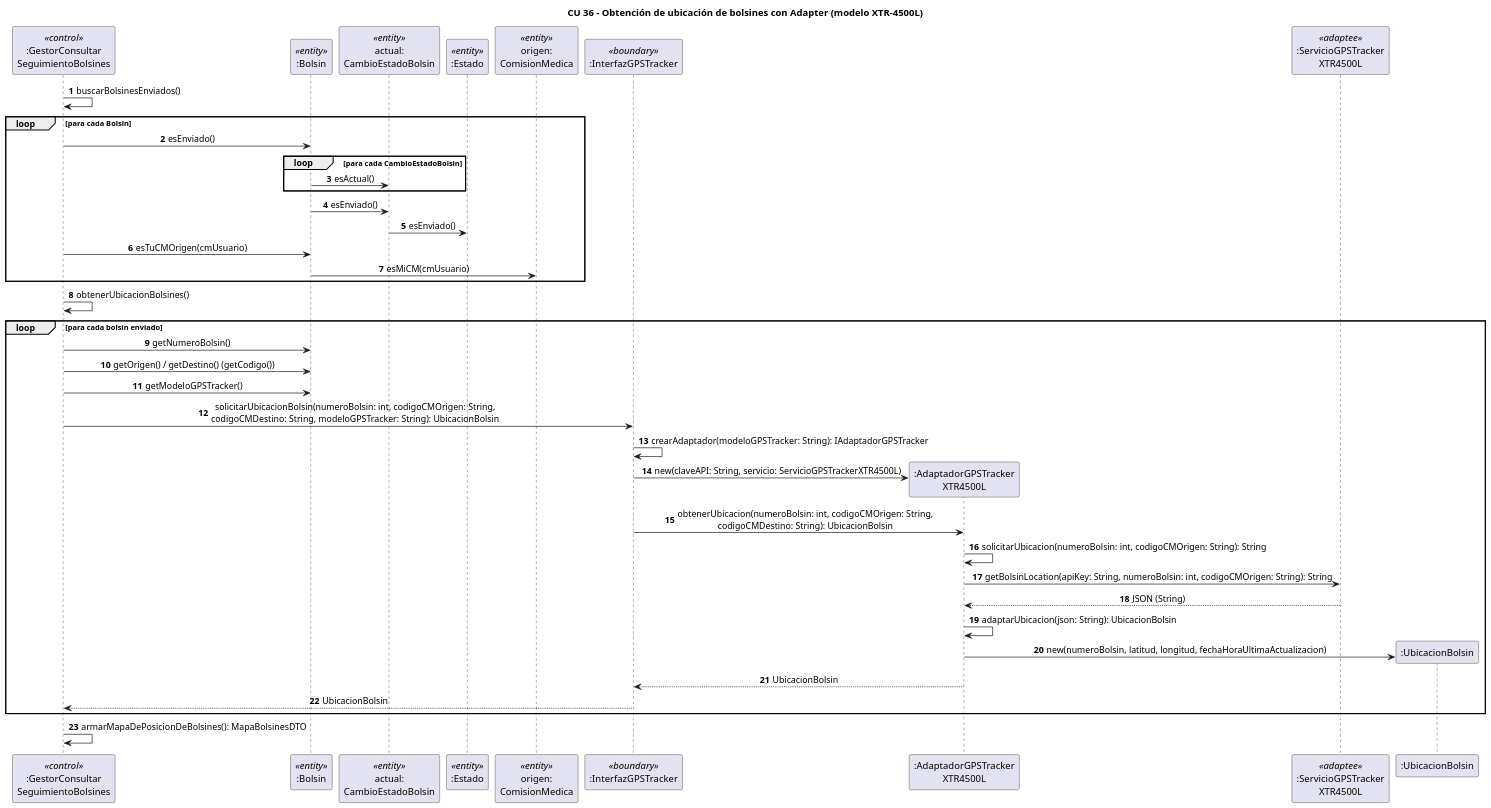
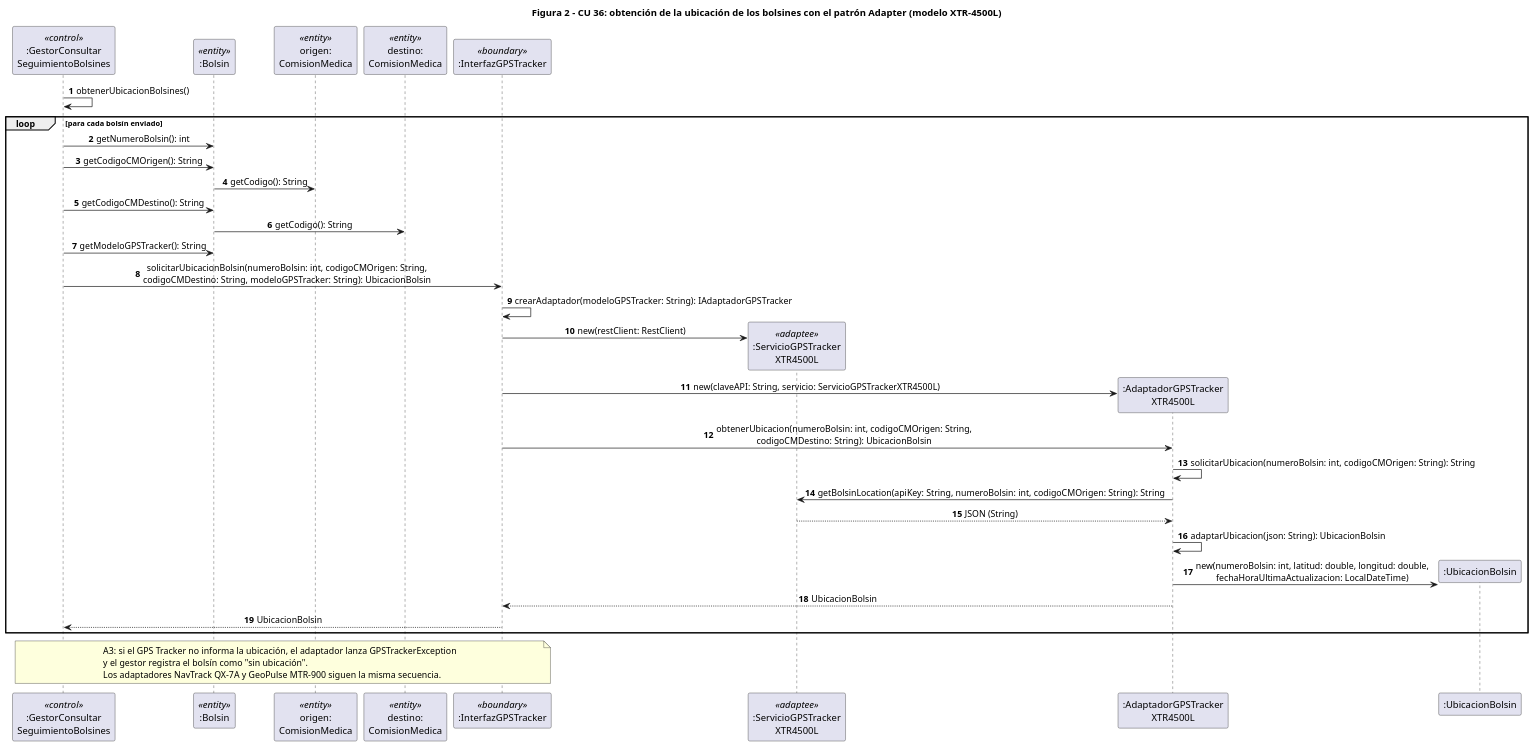
The diagram in 03_diagramas/fuentes_plantuml/02_secuencia_diseno_adapter.puml (Fedegon10/CU-36-G1), drawn with PlantUML before and after one commit. The commit also changed 32 other files, not shown here.

First line of the commit message:
Código y diagramas de secuencia alineados mensaje por mensaje

```diff
--- a/03_diagramas/fuentes_plantuml/02_secuencia_diseno_adapter.puml
+++ b/03_diagramas/fuentes_plantuml/02_secuencia_diseno_adapter.puml
@@ -1,52 +1,49 @@
 @startuml 02_secuencia_diseno_adapter
-' Vista dinámica de la realización de CU de diseño - parte rediseñada por el patrón ADAPTER
-' Escenario del flujo descripto: GPS Tracker modelo XTR-4500L (pasos 3 a 6 del CU 36)
+' Vista dinámica - parte del escenario rediseñada por el patrón ADAPTER (pasos 4 y 5 del CU 36)
+' Escenario del flujo descripto: GPS Tracker modelo XTR-4500L.
+' Cada número de mensaje está indicado en el código con un comentario [Fig. 2 · N].
 skinparam dpi 120
 skinparam sequenceMessageAlign center
 autonumber
-title CU 36 - Obtención de ubicación de bolsines con Adapter (modelo XTR-4500L)
+title Figura 2 – CU 36: obtención de la ubicación de los bolsines con el patrón Adapter (modelo XTR-4500L)
 
 participant ":GestorConsultar\nSeguimientoBolsines" as G <<control>>
 participant ":Bolsin" as B <<entity>>
-participant "actual:\nCambioEstadoBolsin" as CE <<entity>>
-participant ":Estado" as E <<entity>>
-participant "origen:\nComisionMedica" as CM <<entity>>
+participant "origen:\nComisionMedica" as CMO <<entity>>
+participant "destino:\nComisionMedica" as CMD <<entity>>
 participant ":InterfazGPSTracker" as I <<boundary>>
+participant ":ServicioGPSTracker\nXTR4500L" as S <<adaptee>>
 participant ":AdaptadorGPSTracker\nXTR4500L" as A
-participant ":ServicioGPSTracker\nXTR4500L" as S <<adaptee>>
 participant ":UbicacionBolsin" as U
-
-G -> G : buscarBolsinesEnviados()
-loop para cada Bolsin
-  G -> B : esEnviado()
-  loop para cada CambioEstadoBolsin
-    B -> CE : esActual()
-  end
-  B -> CE : esEnviado()
-  CE -> E : esEnviado()
-  G -> B : esTuCMOrigen(cmUsuario)
-  B -> CM : esMiCM(cmUsuario)
-end
 
 G -> G : obtenerUbicacionBolsines()
 loop para cada bolsín enviado
-  G -> B : getNumeroBolsin()
-  G -> B : getOrigen() / getDestino() (getCodigo())
-  G -> B : getModeloGPSTracker()
+  G -> B : getNumeroBolsin(): int
+  G -> B : getCodigoCMOrigen(): String
+  B -> CMO : getCodigo(): String
+  G -> B : getCodigoCMDestino(): String
+  B -> CMD : getCodigo(): String
+  G -> B : getModeloGPSTracker(): String
   G -> I : solicitarUbicacionBolsin(numeroBolsin: int, codigoCMOrigen: String,\ncodigoCMDestino: String, modeloGPSTracker: String): UbicacionBolsin
   I -> I : crearAdaptador(modeloGPSTracker: String): IAdaptadorGPSTracker
+  create S
+  I -> S : new(restClient: RestClient)
   create A
   I -> A : new(claveAPI: String, servicio: ServicioGPSTrackerXTR4500L)
   I -> A : obtenerUbicacion(numeroBolsin: int, codigoCMOrigen: String,\ncodigoCMDestino: String): UbicacionBolsin
   A -> A : solicitarUbicacion(numeroBolsin: int, codigoCMOrigen: String): String
   A -> S : getBolsinLocation(apiKey: String, numeroBolsin: int, codigoCMOrigen: String): String
   S --> A : JSON (String)
   A -> A : adaptarUbicacion(json: String): UbicacionBolsin
   create U
-  A -> U : new(numeroBolsin, latitud, longitud, fechaHoraUltimaActualizacion)
+  A -> U : new(numeroBolsin: int, latitud: double, longitud: double,\nfechaHoraUltimaActualizacion: LocalDateTime)
   A --> I : UbicacionBolsin
   I --> G : UbicacionBolsin
 end
 
-G -> G : armarMapaDePosicionDeBolsines(): MapaBolsinesDTO
+note over G, I
+  A3: si el GPS Tracker no informa la ubicación, el adaptador lanza GPSTrackerException
+  y el gestor registra el bolsín como "sin ubicación".
+  Los adaptadores NavTrack QX-7A y GeoPulse MTR-900 siguen la misma secuencia.
+end note
 @enduml
```
